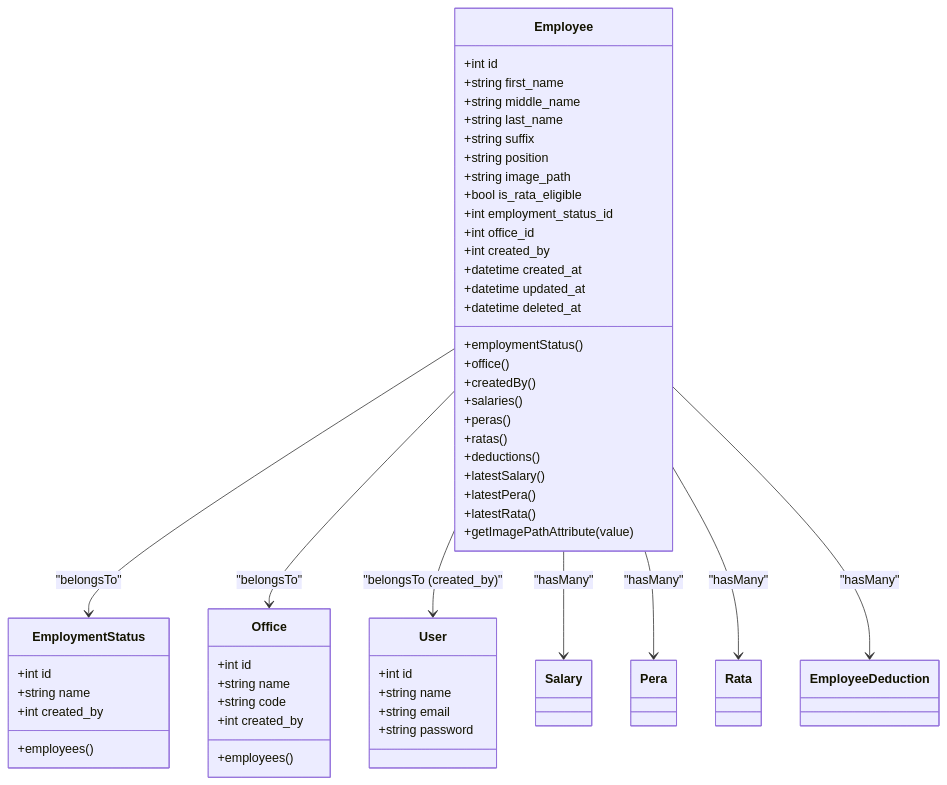
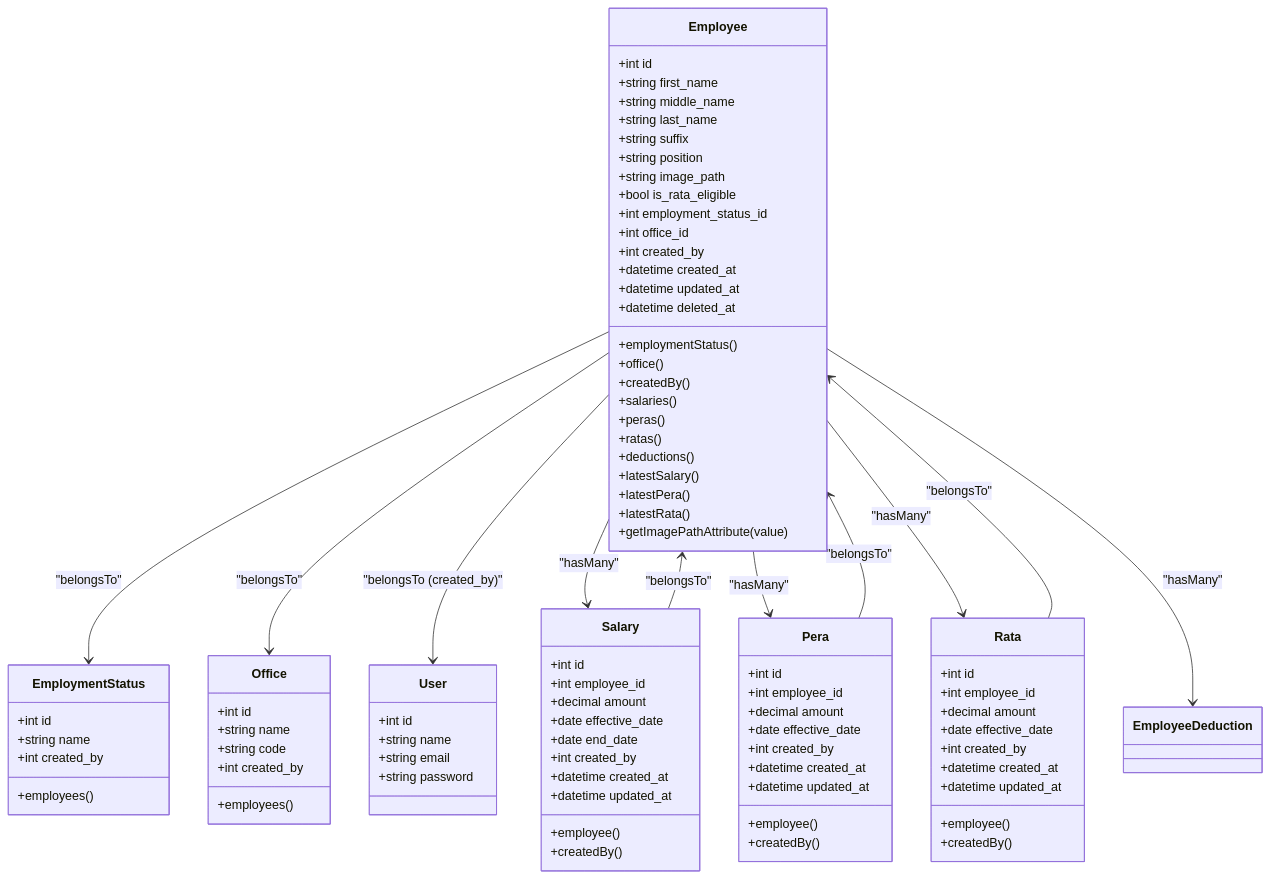
One commit to vincet0t15/template changed the third of 4 diagrams in .qoder/repowiki/en/content/Employee Management/Employee Data Models and Relationships.md. Above: the diagram before and after it, drawn with Mermaid. The commit also changed other lines of this file and 9 other files, not shown here.

````diff
--- a/.qoder/repowiki/en/content/Employee Management/Employee Data Models and Relationships.md
+++ b/.qoder/repowiki/en/content/Employee Management/Employee Data Models and Relationships.md
@@ -229,9 +275,40 @@
 +string email
 +string password
 }
-class Salary
-class Pera
-class Rata
+class Salary {
++int id
++int employee_id
++decimal amount
++date effective_date
++date end_date
++int created_by
++datetime created_at
++datetime updated_at
++employee()
++createdBy()
+}
+class Pera {
++int id
++int employee_id
++decimal amount
++date effective_date
++int created_by
++datetime created_at
++datetime updated_at
++employee()
++createdBy()
+}
+class Rata {
++int id
++int employee_id
++decimal amount
++date effective_date
++int created_by
++datetime created_at
++datetime updated_at
++employee()
++createdBy()
+}
 class EmployeeDeduction
 Employee --> EmploymentStatus : "belongsTo"
 Employee --> Office : "belongsTo"
@@ -240,4 +317,7 @@
 Employee --> Pera : "hasMany"
 Employee --> Rata : "hasMany"
 Employee --> EmployeeDeduction : "hasMany"
+Salary --> Employee : "belongsTo"
+Pera --> Employee : "belongsTo"
+Rata --> Employee : "belongsTo"
 ```
````
